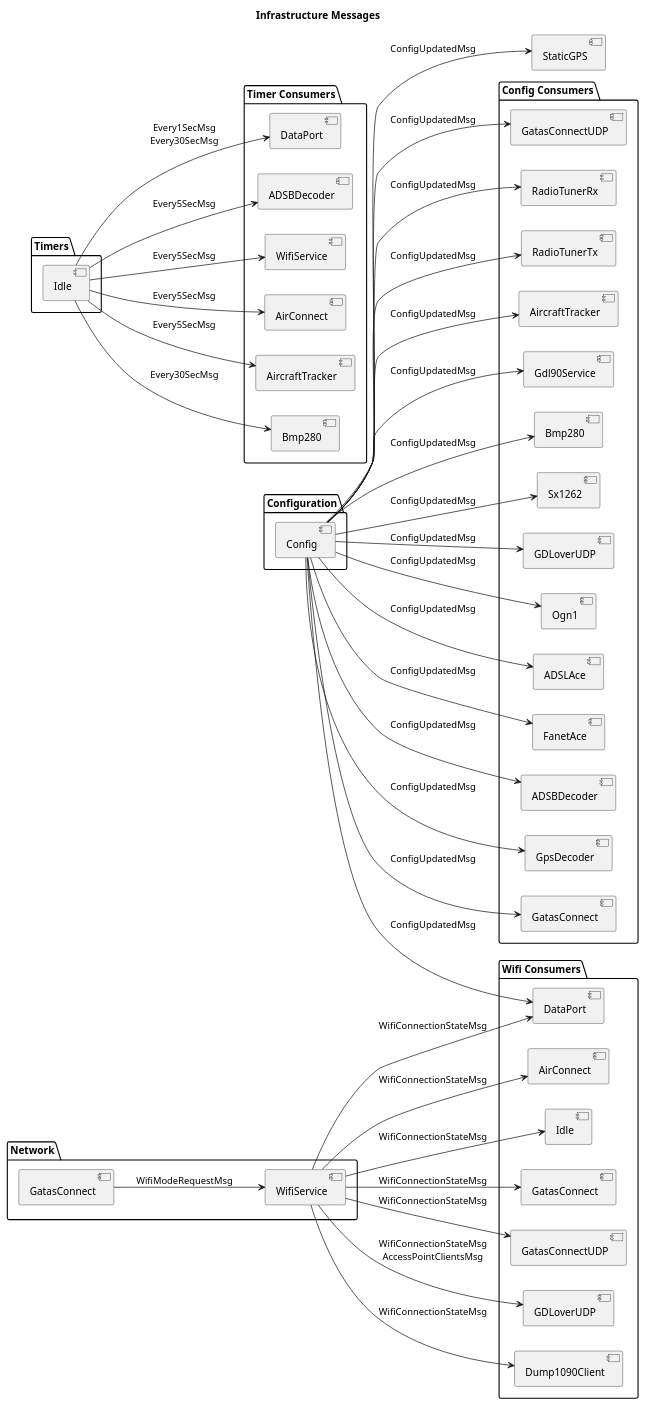
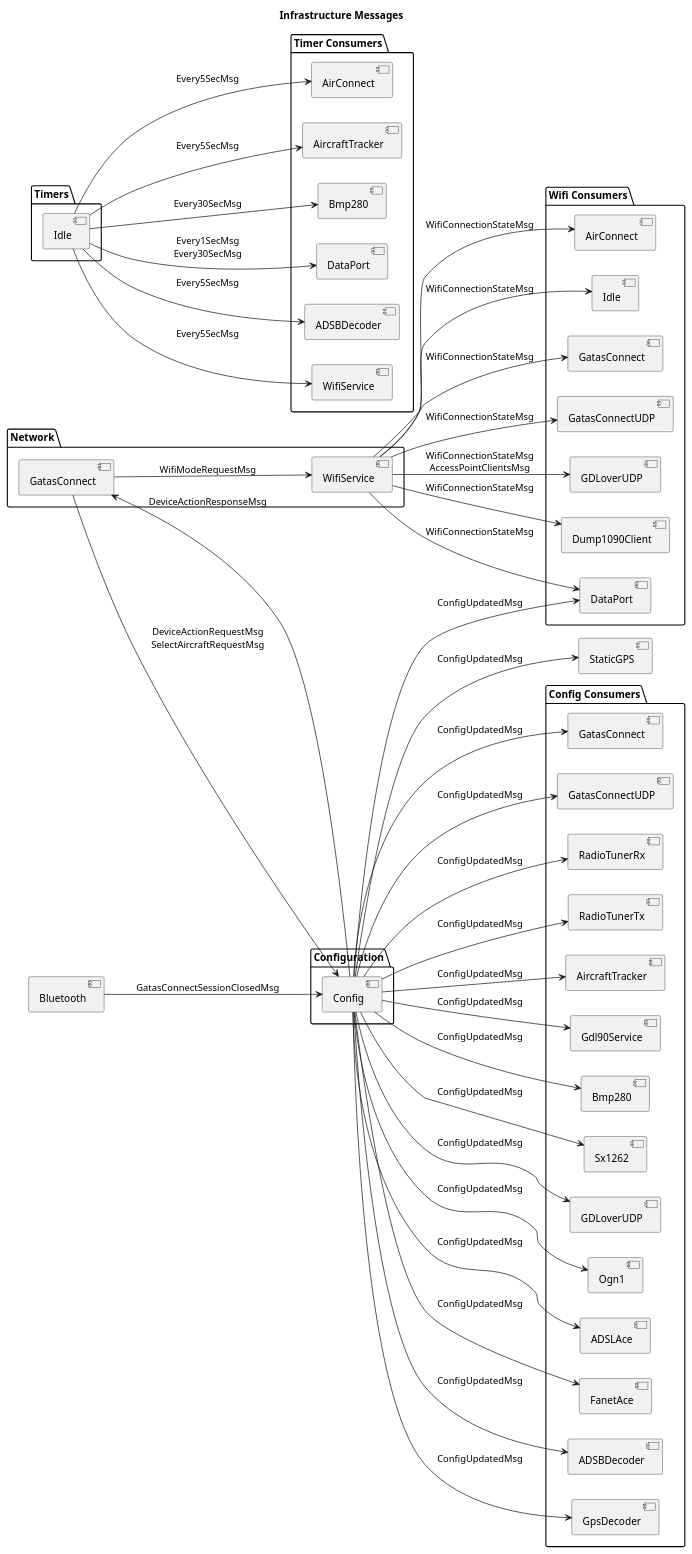
One commit to rvt/OpenAce changed the seventh of 7 diagrams in doc/message-bus.md. Above: the diagram before and after it, drawn with PlantUML. The commit also changed other lines of this file and 19 other files, not shown here.

```diff
--- a/doc/message-bus.md
+++ b/doc/message-bus.md
@@ -434,6 +434,9 @@
 [Config] --> [DP2] : ConfigUpdatedMsg
 
 [GC4] --> [WifiService] : WifiModeRequestMsg
+[GC4] --> [Config] : DeviceActionRequestMsg\nSelectAircraftRequestMsg
+[Config] --> [GC4] : DeviceActionResponseMsg
+[Bluetooth] --> [Config] : GatasConnectSessionClosedMsg
 [WifiService] --> [GC3] : WifiConnectionStateMsg
 [WifiService] --> [GU2] : WifiConnectionStateMsg
 [WifiService] --> [GO2] : WifiConnectionStateMsg\nAccessPointClientsMsg
```
